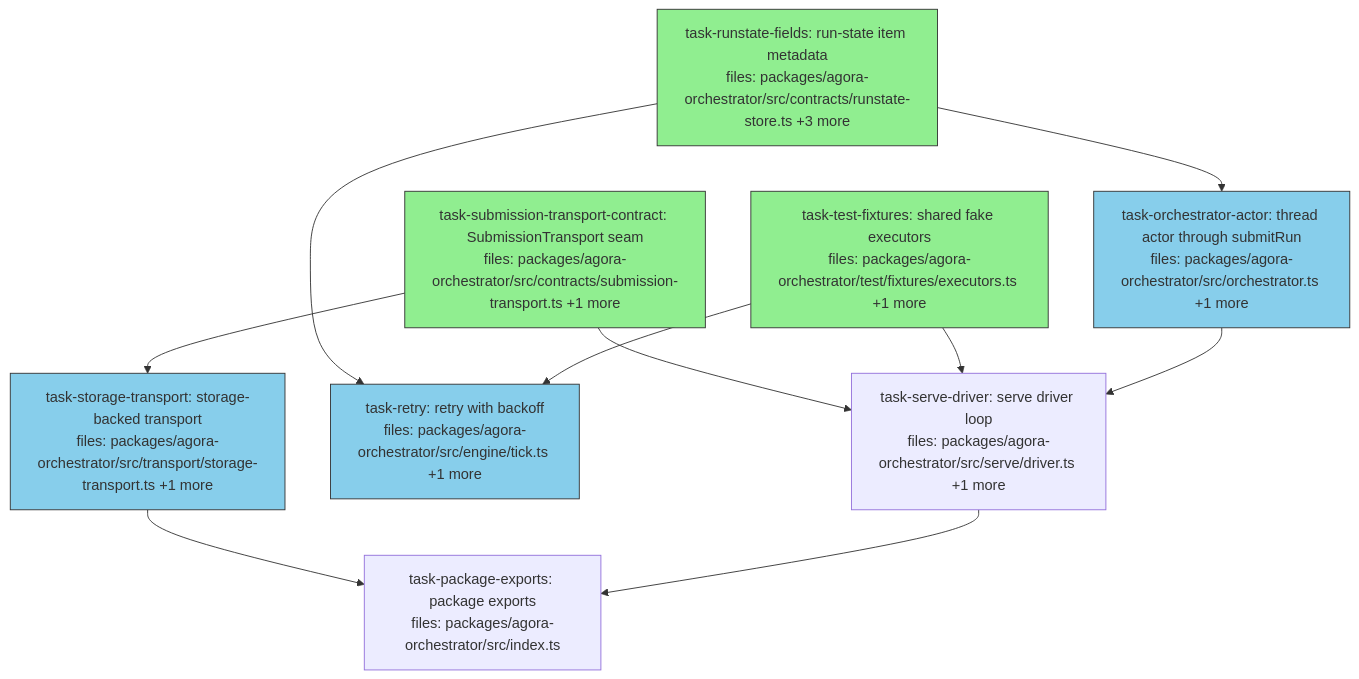
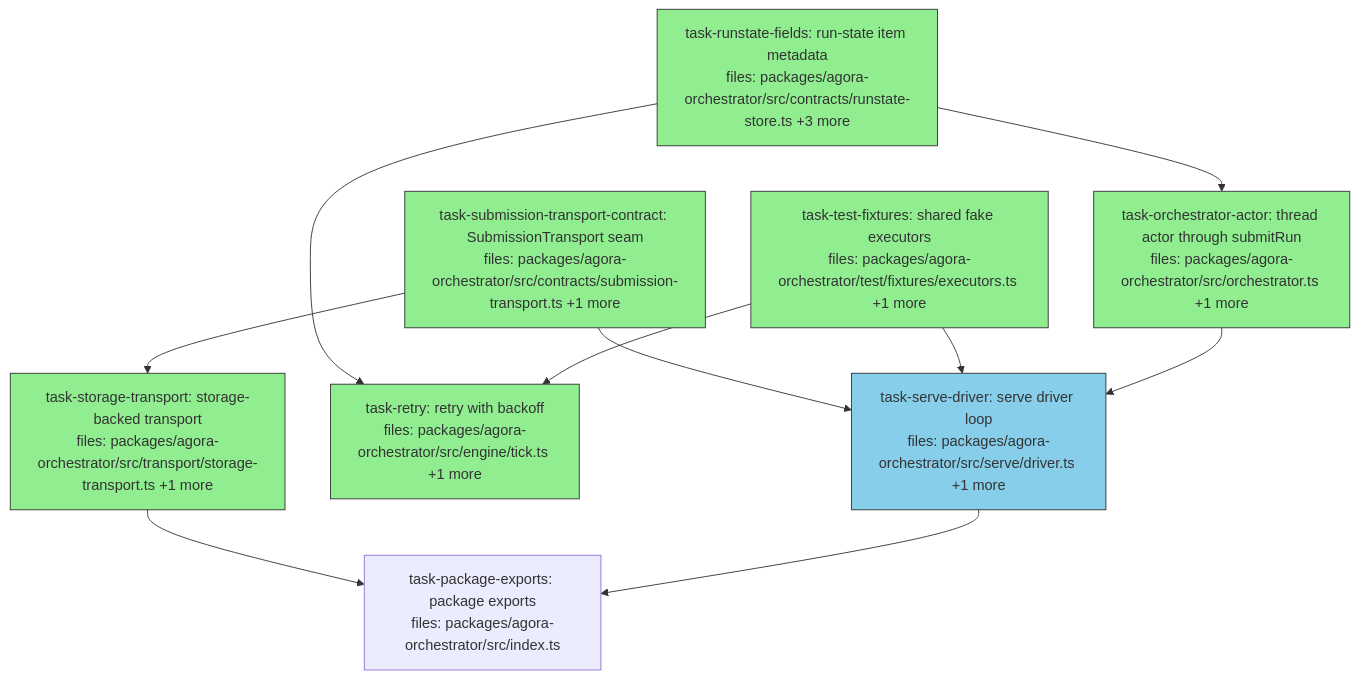
The diagram in docs/superpowers/plans/2026-05-30-agora-offload-runner-dag.md (QuarrySystems/pangolin), drawn with Mermaid before and after one commit. The commit also changed other lines of this file, not shown here.

Commit message:
chore(plan): offload-runner tick 2 done (storage-transport, actor, retry); serve-driver running

````diff
--- a/docs/superpowers/plans/2026-05-30-agora-offload-runner-dag.md
+++ b/docs/superpowers/plans/2026-05-30-agora-offload-runner-dag.md
@@ -6,27 +6,27 @@
 ```mermaid
 flowchart TD
     task-submission-transport-contract["task-submission-transport-contract: SubmissionTransport seam<br/>files: packages/agora-orchestrator/src/contracts/submission-transport.ts +1 more"]:::done
     task-runstate-fields["task-runstate-fields: run-state item metadata<br/>files: packages/agora-orchestrator/src/contracts/runstate-store.ts +3 more"]:::done
     task-test-fixtures["task-test-fixtures: shared fake executors<br/>files: packages/agora-orchestrator/test/fixtures/executors.ts +1 more"]:::done
-    task-storage-transport["task-storage-transport: storage-backed transport<br/>files: packages/agora-orchestrator/src/transport/storage-transport.ts +1 more"]:::running
-    task-orchestrator-actor["task-orchestrator-actor: thread actor through submitRun<br/>files: packages/agora-orchestrator/src/orchestrator.ts +1 more"]:::running
-    task-retry["task-retry: retry with backoff<br/>files: packages/agora-orchestrator/src/engine/tick.ts +1 more"]:::running
-    task-serve-driver["task-serve-driver: serve driver loop<br/>files: packages/agora-orchestrator/src/serve/driver.ts +1 more"]
+    task-storage-transport["task-storage-transport: storage-backed transport<br/>files: packages/agora-orchestrator/src/transport/storage-transport.ts +1 more"]:::done
+    task-orchestrator-actor["task-orchestrator-actor: thread actor through submitRun<br/>files: packages/agora-orchestrator/src/orchestrator.ts +1 more"]:::done
+    task-retry["task-retry: retry with backoff<br/>files: packages/agora-orchestrator/src/engine/tick.ts +1 more"]:::done
+    task-serve-driver["task-serve-driver: serve driver loop<br/>files: packages/agora-orchestrator/src/serve/driver.ts +1 more"]:::running
     task-package-exports["task-package-exports: package exports<br/>files: packages/agora-orchestrator/src/index.ts"]
 
     task-submission-transport-contract --> task-storage-transport
     task-submission-transport-contract --> task-serve-driver
     task-runstate-fields --> task-orchestrator-actor
     task-runstate-fields --> task-retry
     task-test-fixtures --> task-retry
     task-test-fixtures --> task-serve-driver
     task-orchestrator-actor --> task-serve-driver
     task-storage-transport --> task-package-exports
     task-serve-driver --> task-package-exports
 
     classDef done fill:#90ee90,stroke:#333
     classDef ready fill:#fffacd,stroke:#333
     classDef running fill:#87ceeb,stroke:#333
     classDef failed fill:#ffb6c1,stroke:#333
     classDef skipped fill:#d3d3d3,stroke:#333,stroke-dasharray: 5 5
 ```
````
